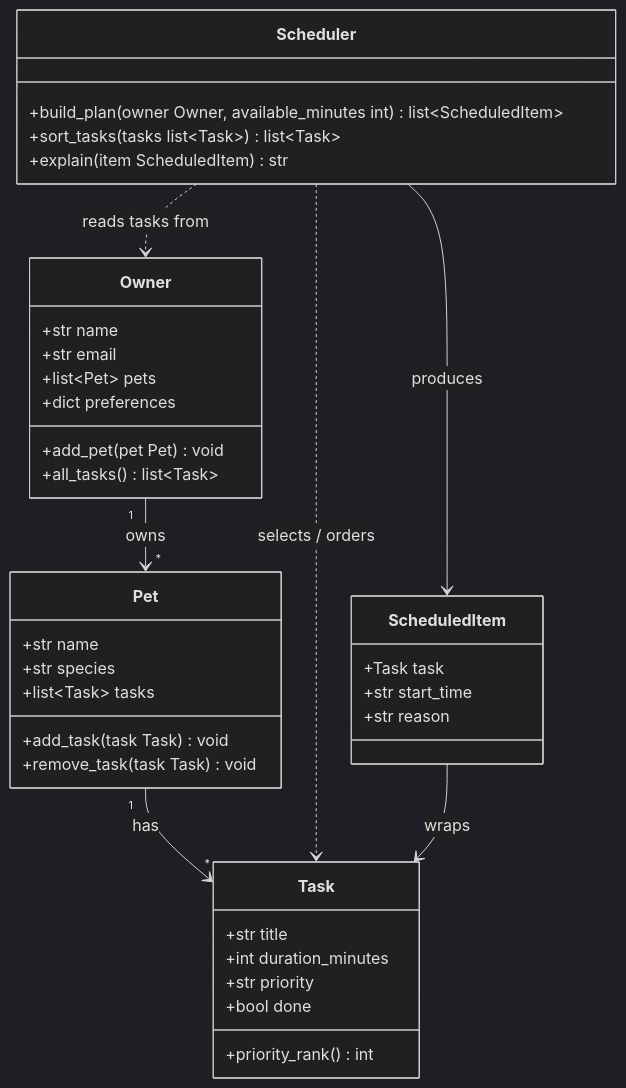
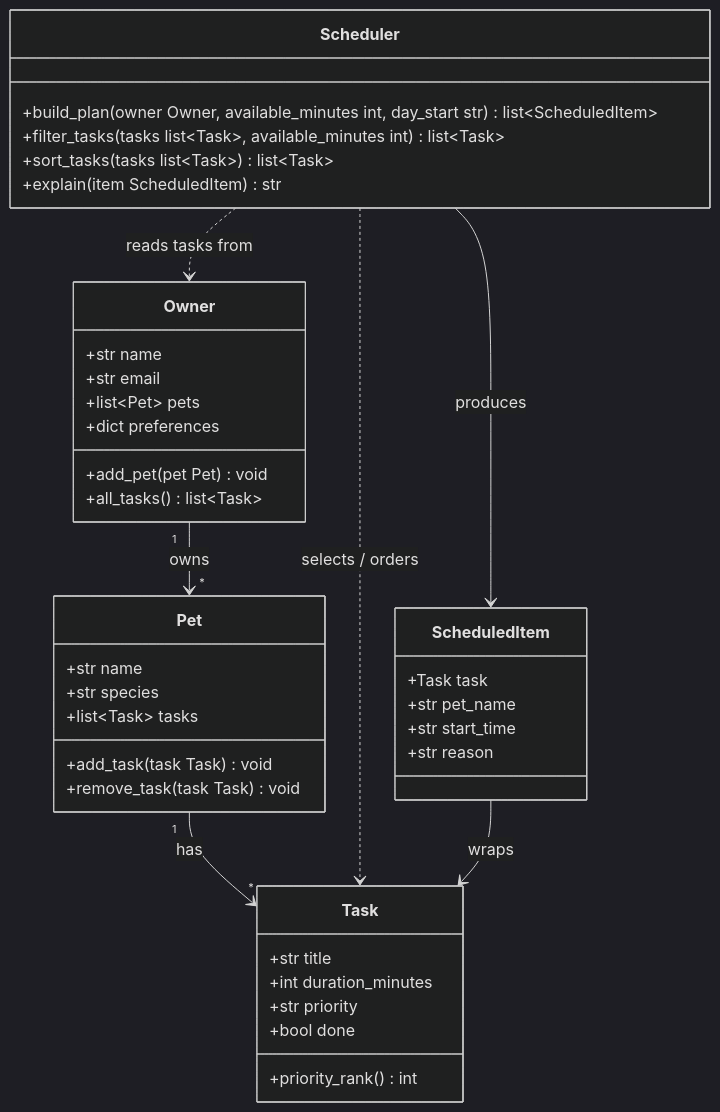
One commit to codepath/ai110-module2show-pawpal-starter changed the diagram in diagrams/uml.mmd. Above: the diagram before and after it, drawn with Mermaid (dark theme). The commit also changed 4 other files, not shown here.

```diff
--- a/diagrams/uml.mmd
+++ b/diagrams/uml.mmd
@@ -1,44 +1,46 @@
 classDiagram
     class Owner {
         +str name
         +str email
         +list~Pet~ pets
         +dict preferences
         +add_pet(pet Pet) void
         +all_tasks() list~Task~
     }
 
     class Pet {
         +str name
         +str species
         +list~Task~ tasks
         +add_task(task Task) void
         +remove_task(task Task) void
     }
 
     class Task {
         +str title
         +int duration_minutes
         +str priority
         +bool done
         +priority_rank() int
     }
 
     class ScheduledItem {
         +Task task
+        +str pet_name
         +str start_time
         +str reason
     }
 
     class Scheduler {
-        +build_plan(owner Owner, available_minutes int) list~ScheduledItem~
+        +build_plan(owner Owner, available_minutes int, day_start str) list~ScheduledItem~
+        +filter_tasks(tasks list~Task~, available_minutes int) list~Task~
         +sort_tasks(tasks list~Task~) list~Task~
         +explain(item ScheduledItem) str
     }
 
     Owner "1" --> "*" Pet : owns
     Pet "1" --> "*" Task : has
     Scheduler ..> Owner : reads tasks from
     Scheduler ..> Task : selects / orders
     Scheduler --> ScheduledItem : produces
     ScheduledItem --> Task : wraps
```
